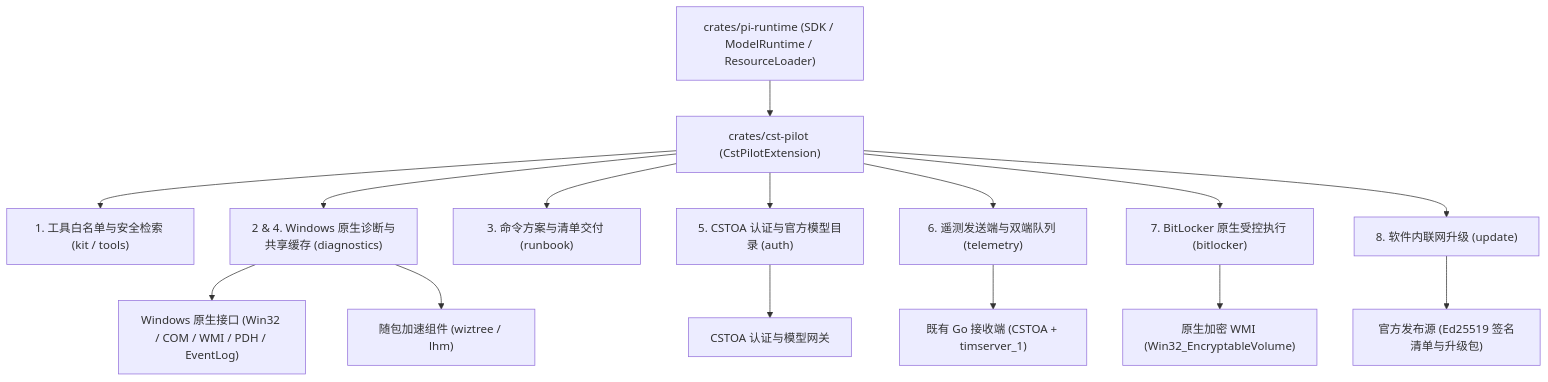
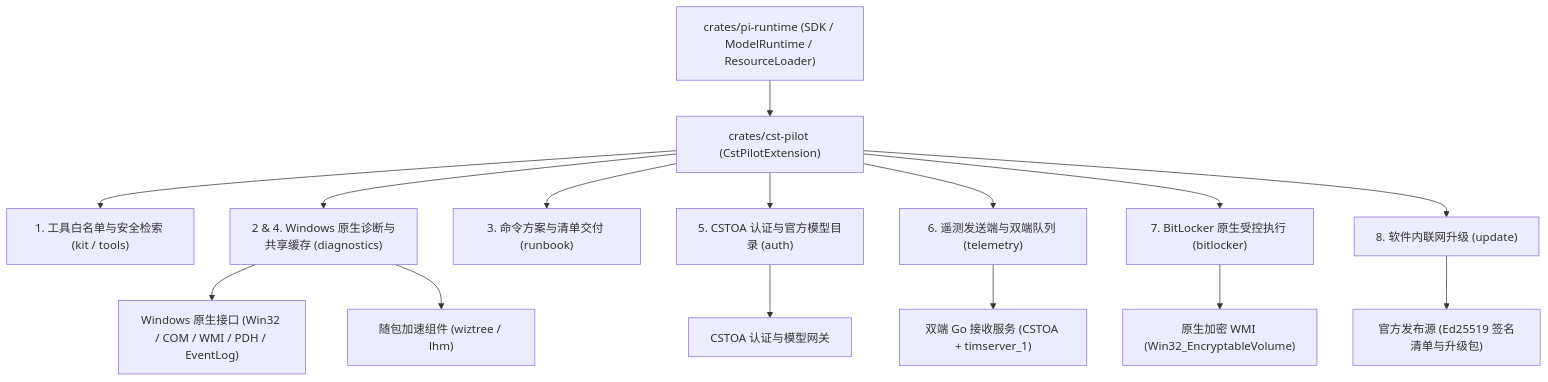
Before and after one commit to SCAU-Computer-Serving-Team/cst-pilot: the first of 4 diagrams in doc/rust/plan/6.cst-pilot.md, drawn with Mermaid. The commit also changed other lines of this file and 46 other files, not shown here.

````diff
--- a/doc/rust/plan/6.cst-pilot.md
+++ b/doc/rust/plan/6.cst-pilot.md
@@ -9,17 +9,17 @@
 ```mermaid
 flowchart TD
     Runtime["crates/pi-runtime (SDK / ModelRuntime / ResourceLoader)"] --> Kit["crates/cst-pilot (CstPilotExtension)"]
     Kit --> Guard["1. 工具白名单与安全检索 (kit / tools)"]
     Kit --> Diag["2 & 4. Windows 原生诊断与共享缓存 (diagnostics)"]
     Kit --> Runbook["3. 命令方案与清单交付 (runbook)"]
     Kit --> Auth["5. CSTOA 认证与官方模型目录 (auth)"]
     Kit --> Tele["6. 遥测发送端与双端队列 (telemetry)"]
     Kit --> BitLocker["7. BitLocker 原生受控执行 (bitlocker)"]
     Kit --> Update["8. 软件内联网升级 (update)"]
     Diag --> WinAPI["Windows 原生接口 (Win32 / COM / WMI / PDH / EventLog)"]
     Diag --> Bin["随包加速组件 (wiztree / lhm)"]
     BitLocker --> WMI["原生加密 WMI (Win32_EncryptableVolume)"]
     Auth --> OA["CSTOA 认证与模型网关"]
-    Tele --> Receivers["既有 Go 接收端 (CSTOA + timserver_1)"]
+    Tele --> Receivers["双端 Go 接收服务 (CSTOA + timserver_1)"]
     Update --> Release["官方发布源 (Ed25519 签名清单与升级包)"]
 ```
````
